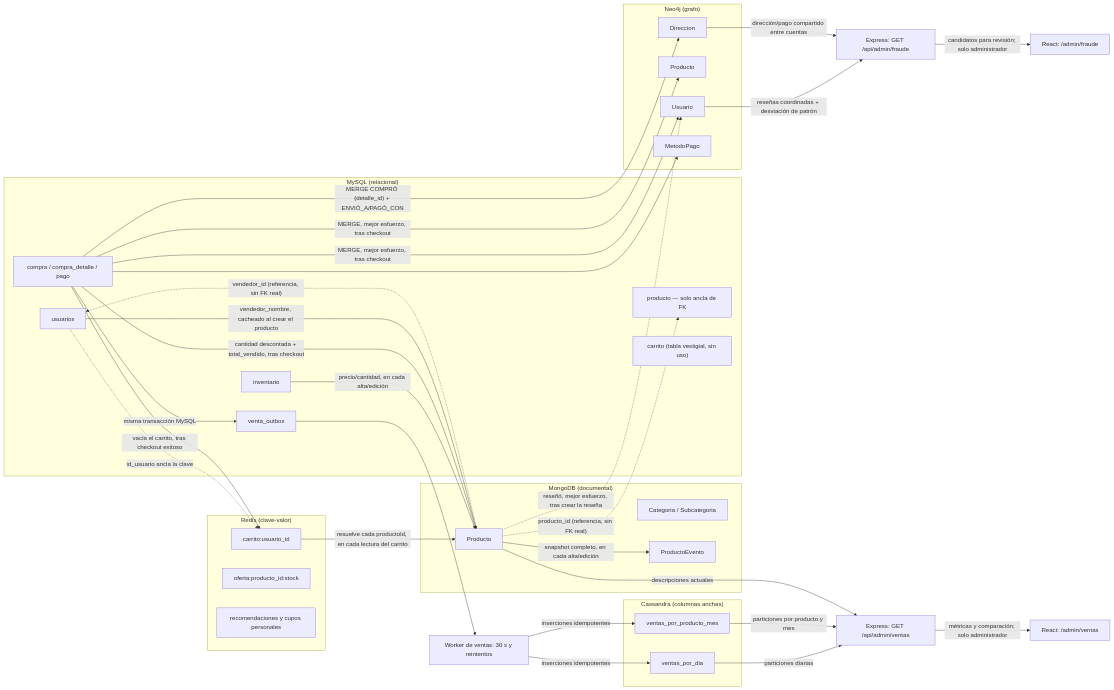
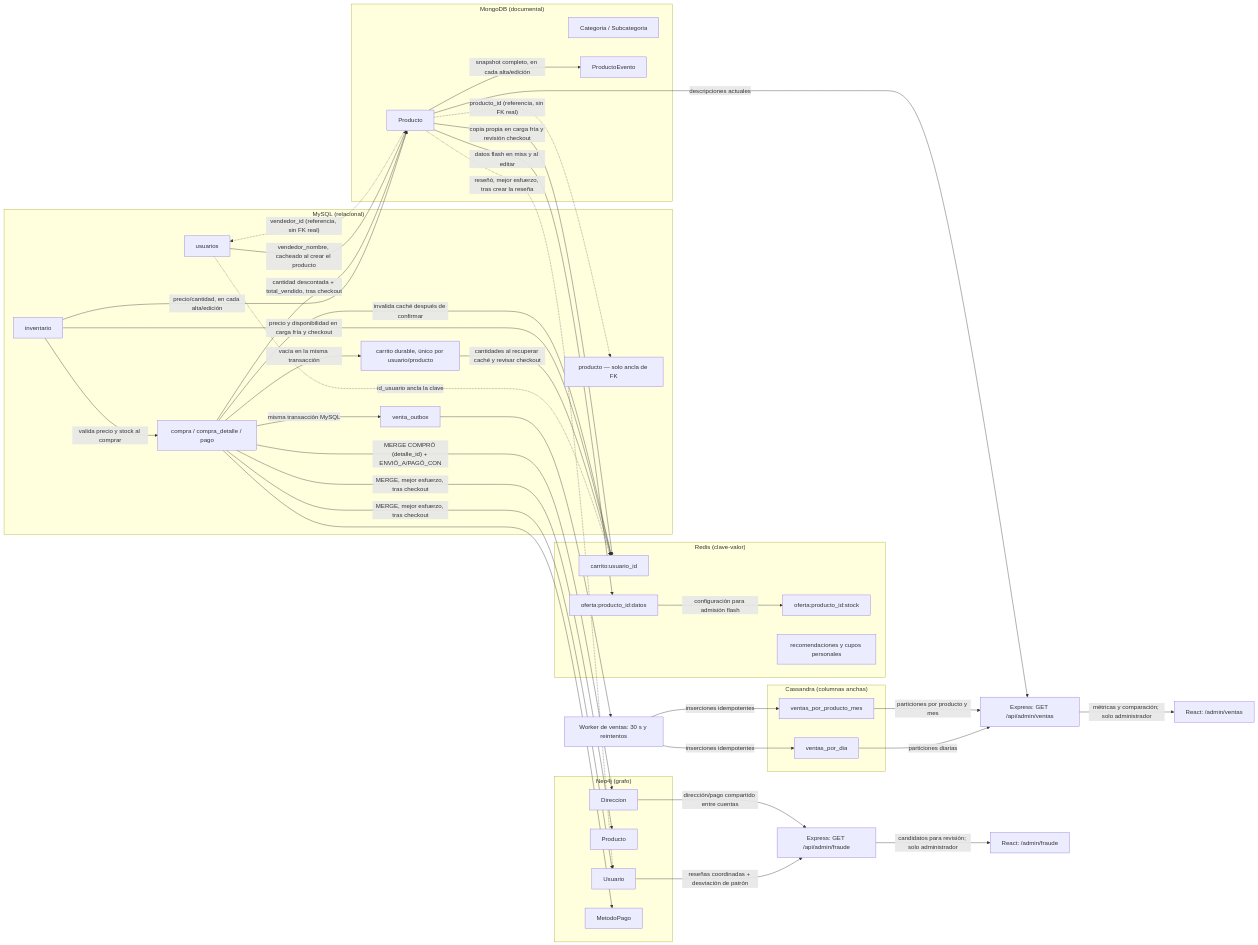
Before and after one commit to VidStal12/Base_de_Datos_2_P: the first of 2 diagrams in IA/ERD-ARQUITECTURA-POLIGLOTA.md, drawn with Mermaid. The commit also changed other lines of this file and 31 other files, not shown here.

Commit message:
Cambios carrito y oferta flas - Redis

````diff
--- a/IA/ERD-ARQUITECTURA-POLIGLOTA.md
+++ b/IA/ERD-ARQUITECTURA-POLIGLOTA.md
@@ -23,69 +23,76 @@
 ```mermaid
 flowchart LR
     subgraph MySQL["MySQL (relacional)"]
         M_usuarios[usuarios]
         M_inventario[inventario]
         M_producto[producto — solo ancla de FK]
         M_compra[compra / compra_detalle / pago]
         M_outbox[venta_outbox]
-        M_carrito["carrito (tabla vestigial, sin uso)"]
+        M_carrito["carrito durable, único por usuario/producto"]
     end
 
     subgraph Mongo["MongoDB (documental)"]
         MG_producto[Producto]
         MG_cat[Categoria / Subcategoria]
         MG_evento[ProductoEvento]
     end
 
     subgraph Redis["Redis (clave-valor)"]
         R_carrito["carrito:usuario_id"]
+        R_oferta_datos["oferta:producto_id:datos"]
         R_oferta["oferta:producto_id:stock"]
         R_recomendacion["recomendaciones y cupos personales"]
     end
 
     subgraph Cassandra["Cassandra (columnas anchas)"]
         C_dia[ventas_por_dia]
         C_producto[ventas_por_producto_mes]
     end
 
     subgraph Neo4j["Neo4j (grafo)"]
         N_usuario[Usuario]
         N_producto[Producto]
         N_direccion[Direccion]
         N_pago[MetodoPago]
     end
 
     W[Worker de ventas: 30 s y reintentos]
     API[Express: GET /api/admin/ventas]
     UI[React: /admin/ventas]
     API2[Express: GET /api/admin/fraude]
     UI2[React: /admin/fraude]
 
     M_inventario -- "precio/cantidad, en cada alta/edición" --> MG_producto
     M_compra -- "cantidad descontada + total_vendido, tras checkout" --> MG_producto
     M_usuarios -- "vendedor_nombre, cacheado al crear el producto" --> MG_producto
     MG_producto -. "producto_id (referencia, sin FK real)" .-> M_producto
     MG_producto -. "vendedor_id (referencia, sin FK real)" .-> M_usuarios
     MG_producto -- "snapshot completo, en cada alta/edición" --> MG_evento
 
     M_usuarios -. "id_usuario ancla la clave" .-> R_carrito
-    M_compra -- "vacía el carrito, tras checkout exitoso" --> R_carrito
-    R_carrito -- "resuelve cada productoId, en cada lectura del carrito" --> MG_producto
+    M_carrito -- "cantidades al recuperar caché y revisar checkout" --> R_carrito
+    M_inventario -- "precio y disponibilidad en carga fría y checkout" --> R_carrito
+    M_inventario -- "valida precio y stock al comprar" --> M_compra
+    M_compra -- "vacía en la misma transacción" --> M_carrito
+    M_compra -- "invalida caché después de confirmar" --> R_carrito
+    MG_producto -- "copia propia en carga fría y revisión checkout" --> R_carrito
+    MG_producto -- "datos flash en miss y al editar" --> R_oferta_datos
+    R_oferta_datos -- "configuración para admisión flash" --> R_oferta
     M_compra -- "misma transacción MySQL" --> M_outbox
     M_outbox --> W
     W -- "inserciones idempotentes" --> C_dia
     W -- "inserciones idempotentes" --> C_producto
     C_dia -- "particiones diarias" --> API
     C_producto -- "particiones por producto y mes" --> API
     MG_producto -- "descripciones actuales" --> API
     API -- "métricas y comparación; solo administrador" --> UI
 
     M_compra -- "MERGE, mejor esfuerzo, tras checkout" --> N_usuario
     M_compra -- "MERGE, mejor esfuerzo, tras checkout" --> N_producto
     M_compra -- "MERGE COMPRÓ (detalle_id) + ENVIÓ_A/PAGÓ_CON" --> N_direccion
     M_compra -- " " --> N_pago
     MG_producto -. "reseñó, mejor esfuerzo, tras crear la reseña" .-> N_usuario
     N_usuario -- "reseñas coordinadas + desviación de patrón" --> API2
     N_direccion -- "dirección/pago compartido entre cuentas" --> API2
     API2 -- "candidatos para revisión; solo administrador" --> UI2
 ```
````
